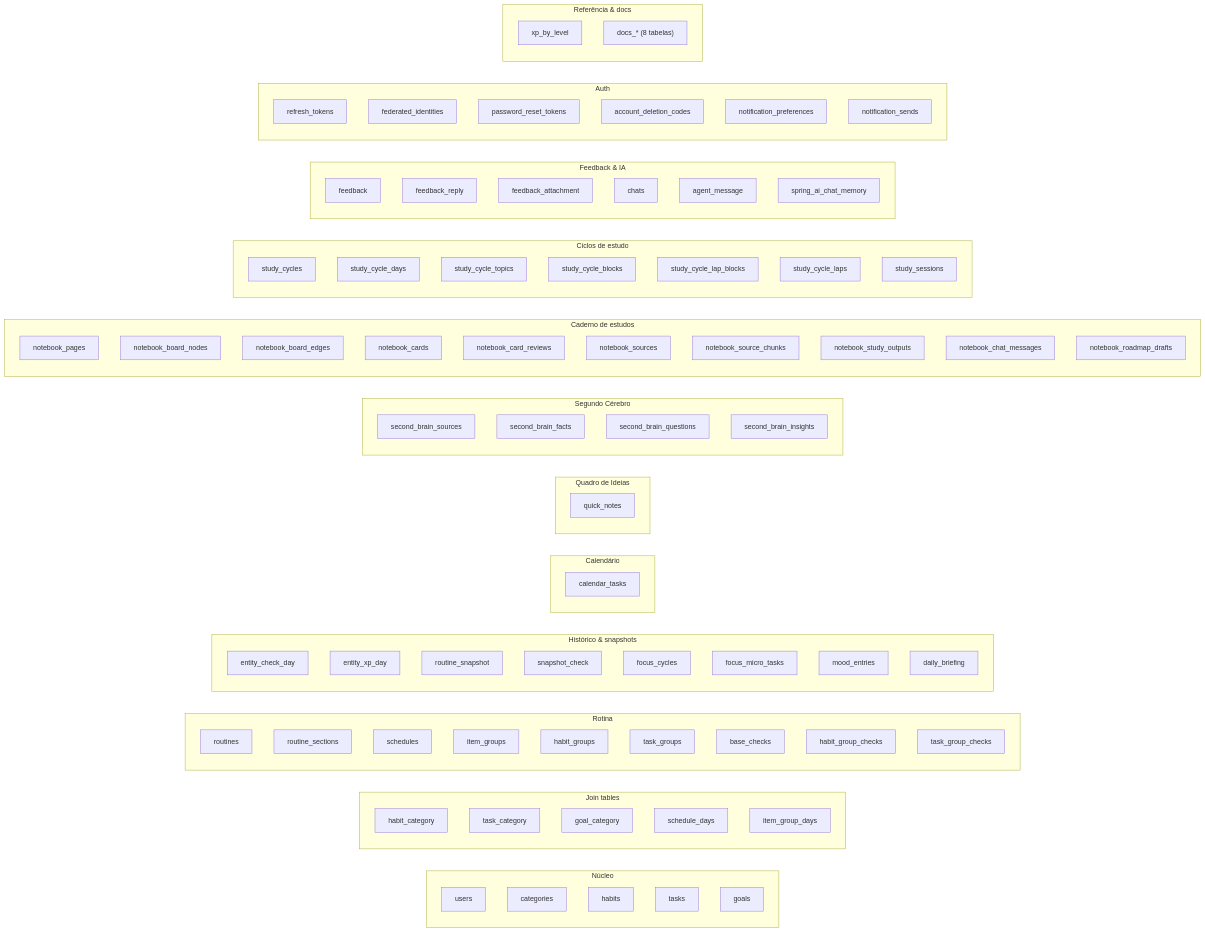
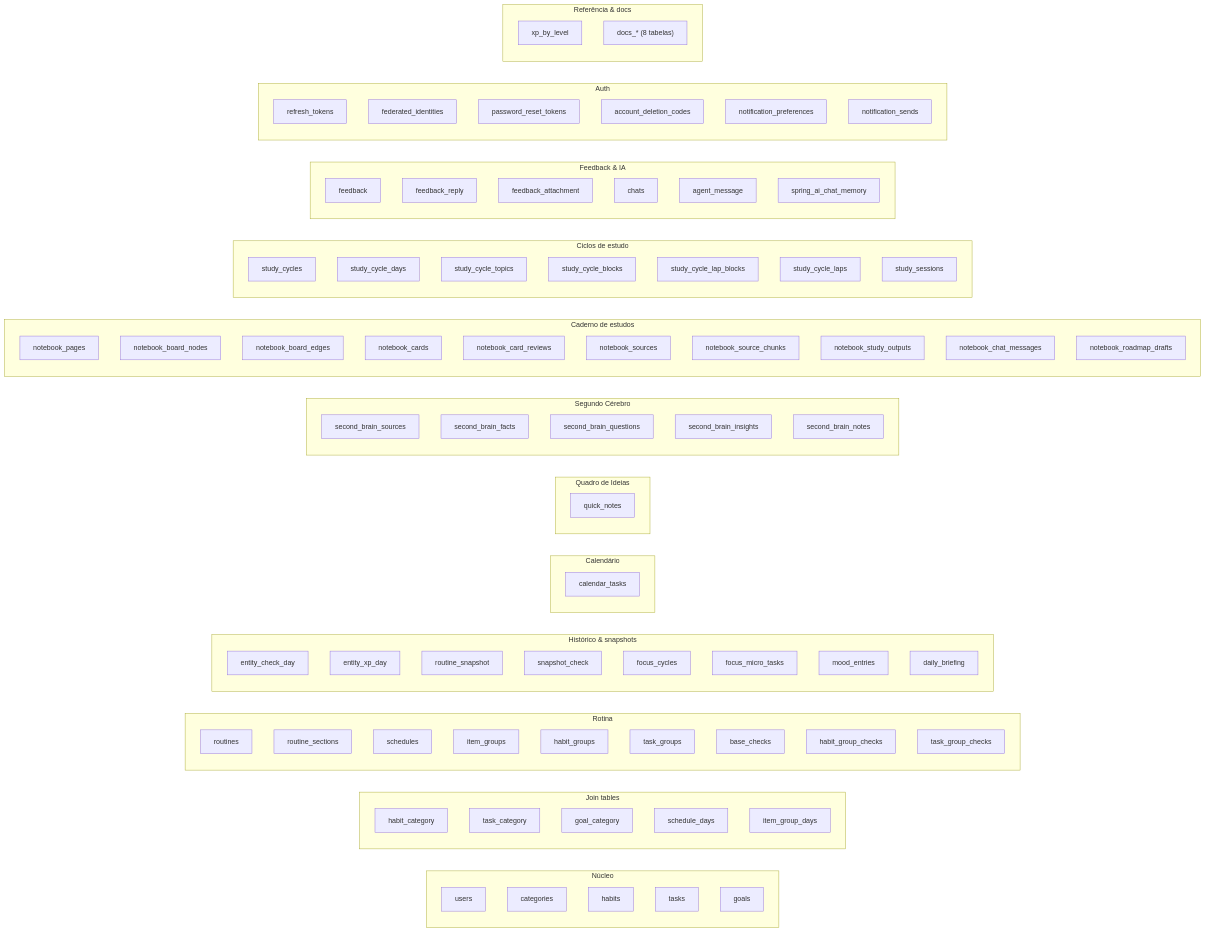
One commit to AndDev741/Beyou-arch-design changed the fifth of 5 diagrams in architecture/domain-model/pt.md. Above: the diagram before and after it, drawn with Mermaid. The commit also changed other lines of this file and 14 other files, not shown here.

First line of the commit message:
docs(second-brain): readable memory, and the end of the hidden note

```diff
--- a/architecture/domain-model/pt.md
+++ b/architecture/domain-model/pt.md
@@ -745,6 +759,7 @@
     second_brain_facts
     second_brain_questions
     second_brain_insights
+    second_brain_notes
   end
 
   subgraph notebook["Caderno de estudos"]
```
